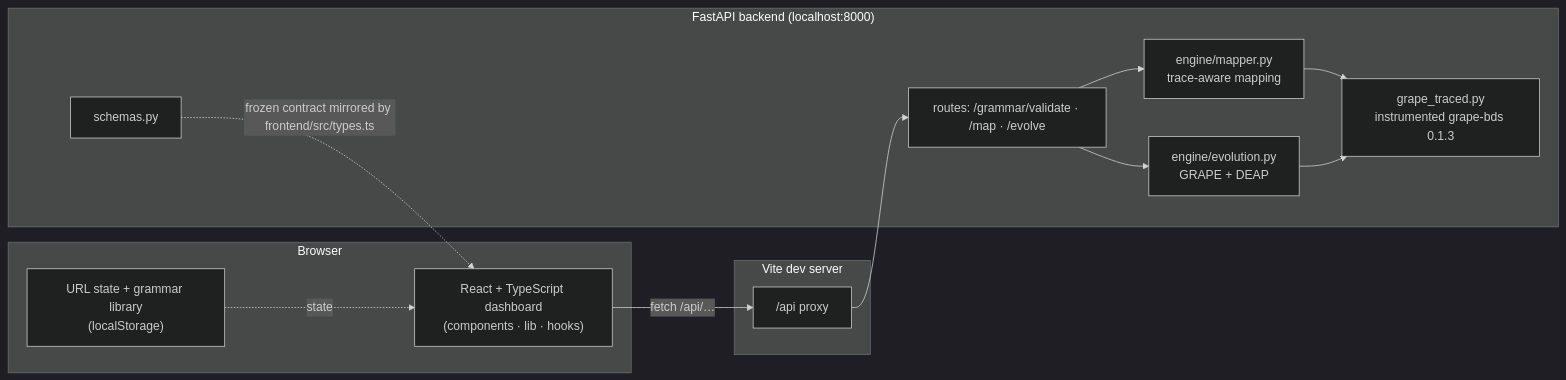
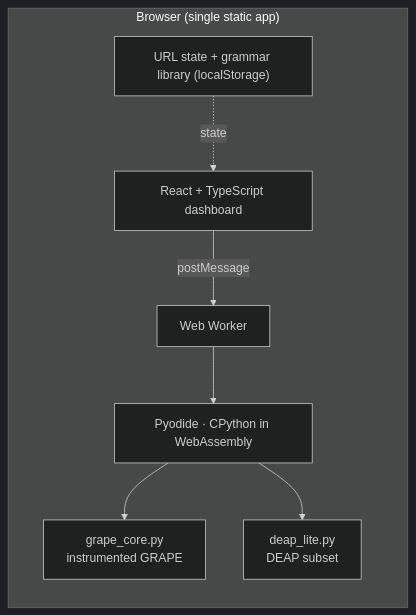
The first of 3 diagrams in README.md (Caephas/GE-Visualizer), drawn with Mermaid (dark theme) before and after one commit. The commit also changed other lines of this file and 76 other files, not shown here.

Commit message:
refactor: migrate python backend execution to client-side pyodide worker

````diff
--- a/README.md
+++ b/README.md
@@ -37,25 +47,16 @@
 ```mermaid
 flowchart LR
-  subgraph Browser["Browser"]
-    UI["React + TypeScript dashboard<br/>(components · lib · hooks)"]
-    Local["URL state + grammar library<br/>(localStorage)"]
+  subgraph Browser["Browser (single static app)"]
+    UI["React + TypeScript dashboard"]
+    Local["URL state + grammar library (localStorage)"]
+    Worker["Web Worker"]
+    Py["Pyodide · CPython in WebAssembly"]
+    Grape["grape_core.py<br/>instrumented GRAPE"]
+    Deap["deap_lite.py<br/>DEAP subset"]
   end
-  subgraph Vite["Vite dev server"]
-    Proxy["/api proxy"]
-  end
-  subgraph Backend["FastAPI backend (localhost:8000)"]
-    Routes["routes: /grammar/validate · /map · /evolve"]
-    Mapper["engine/mapper.py<br/>trace-aware mapping"]
-    Evo["engine/evolution.py<br/>GRAPE + DEAP"]
-    Grape["grape_traced.py<br/>instrumented grape-bds 0.1.3"]
-    Schemas["schemas.py"]
-  end
-  UI -->|fetch /api/…| Proxy
-  Proxy --> Routes
-  Routes --> Mapper
-  Routes --> Evo
-  Mapper --> Grape
-  Evo --> Grape
-  Schemas -. "frozen contract mirrored by frontend/src/types.ts" .-> UI
+  UI -->|postMessage| Worker
+  Worker --> Py
+  Py --> Grape
+  Py --> Deap
   Local -. state .-> UI
 ```
````
